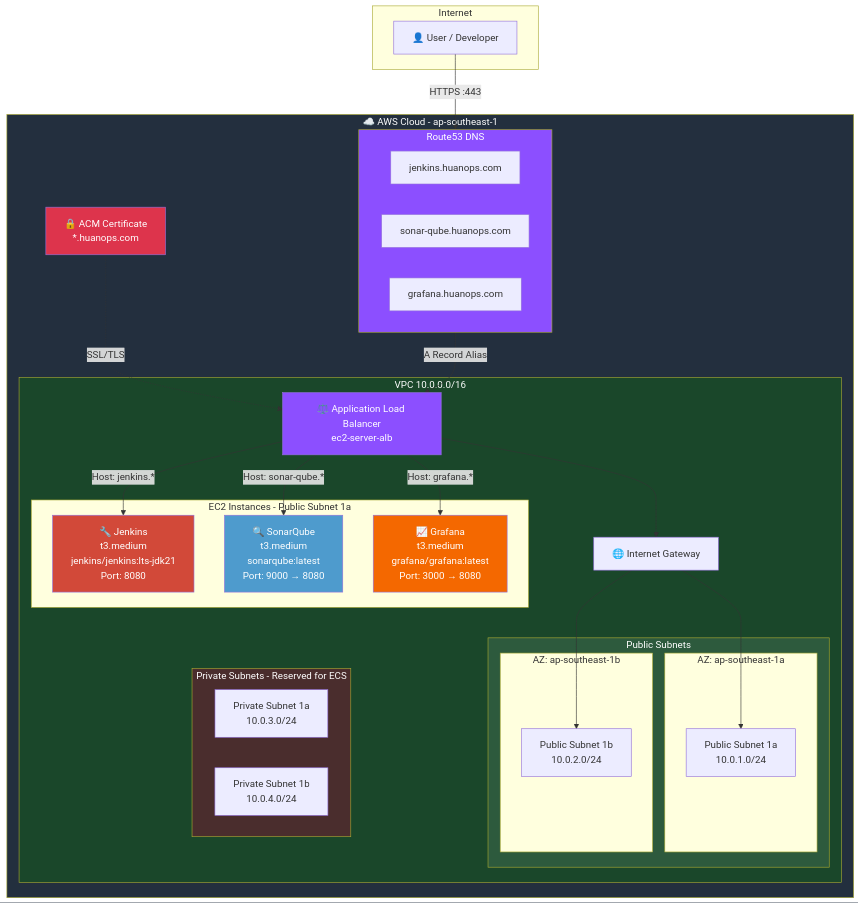
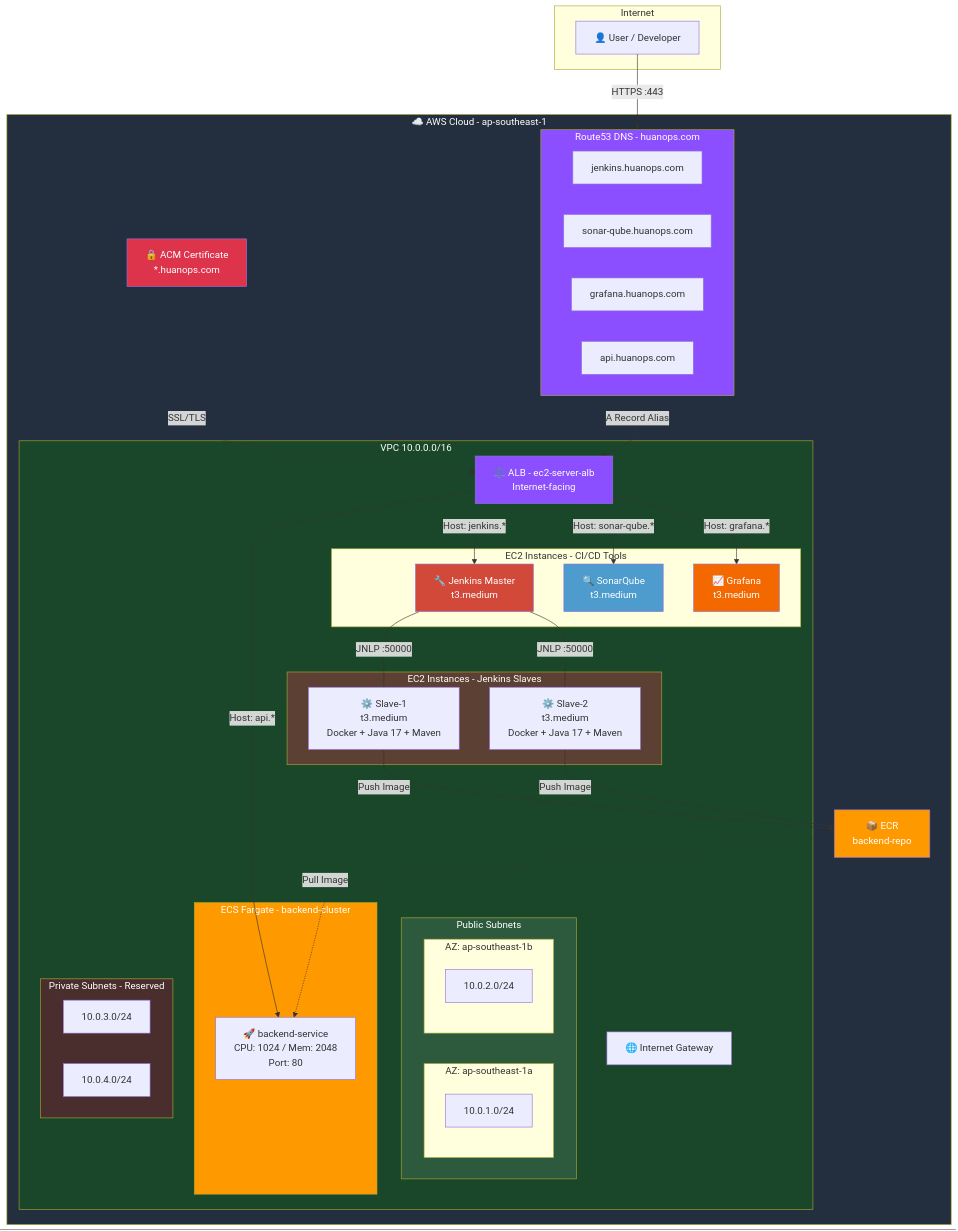
Before and after one commit to senn404/AWS-ECS-Fargate-CI-CD-Pipeline: the first of 4 diagrams in README.md, drawn with Mermaid. The commit also changed other lines of this file and 1 other file, not shown here.

Commit message:
docs: Expand README to include ECS Fargate workload details, Jenkins slave configuration, and refined network architecture diagrams.

````diff
--- a/README.md
+++ b/README.md
@@ -72,63 +102,80 @@
 ```mermaid
 graph TB
     subgraph Internet
         User["👤 User / Developer"]
     end
 
     subgraph AWS["☁️ AWS Cloud - ap-southeast-1"]
-        subgraph Route53["Route53 DNS"]
+        subgraph Route53["Route53 DNS - huanops.com"]
             DNS_Jenkins["jenkins.huanops.com"]
             DNS_Sonar["sonar-qube.huanops.com"]
             DNS_Grafana["grafana.huanops.com"]
+            DNS_API["api.huanops.com"]
         end
 
         ACM["🔒 ACM Certificate<br/>*.huanops.com"]
+        ECR["📦 ECR<br/>backend-repo"]
 
         subgraph VPC["VPC 10.0.0.0/16"]
             IGW["🌐 Internet Gateway"]
 
             subgraph PublicSubnets["Public Subnets"]
-                subgraph AZ1a["AZ: ap-southeast-1a"]
-                    PubSub1a["Public Subnet 1a<br/>10.0.1.0/24"]
+                subgraph AZ_1a["AZ: ap-southeast-1a"]
+                    PubSub1a["10.0.1.0/24"]
                 end
-                subgraph AZ1b["AZ: ap-southeast-1b"]
-                    PubSub1b["Public Subnet 1b<br/>10.0.2.0/24"]
+                subgraph AZ_1b["AZ: ap-southeast-1b"]
+                    PubSub1b["10.0.2.0/24"]
                 end
             end
 
-            ALB["⚖️ Application Load Balancer<br/>ec2-server-alb"]
+            ALB["⚖️ ALB - ec2-server-alb<br/>Internet-facing"]
 
-            subgraph EC2Instances["EC2 Instances - Public Subnet 1a"]
-                Jenkins["🔧 Jenkins<br/>t3.medium<br/>jenkins/jenkins:lts-jdk21<br/>Port: 8080"]
-                SonarQube["🔍 SonarQube<br/>t3.medium<br/>sonarqube:latest<br/>Port: 9000 → 8080"]
-                Grafana["📈 Grafana<br/>t3.medium<br/>grafana/grafana:latest<br/>Port: 3000 → 8080"]
+            subgraph EC2["EC2 Instances - CI/CD Tools"]
+                Jenkins["🔧 Jenkins Master<br/>t3.medium"]
+                SonarQube["🔍 SonarQube<br/>t3.medium"]
+                Grafana["📈 Grafana<br/>t3.medium"]
             end
 
-            subgraph PrivateSubnets["Private Subnets - Reserved for ECS"]
-                PrivSub1a["Private Subnet 1a<br/>10.0.3.0/24"]
-                PrivSub1b["Private Subnet 1b<br/>10.0.4.0/24"]
+            subgraph Slaves["EC2 Instances - Jenkins Slaves"]
+                Slave1["⚙️ Slave-1<br/>t3.medium<br/>Docker + Java 17 + Maven"]
+                Slave2["⚙️ Slave-2<br/>t3.medium<br/>Docker + Java 17 + Maven"]
+            end
+
+            subgraph ECSCluster["ECS Fargate - backend-cluster"]
+                ECSService["🚀 backend-service<br/>CPU: 1024 / Mem: 2048<br/>Port: 80"]
+            end
+
+            subgraph PrivateSubnets["Private Subnets - Reserved"]
+                PrivSub1a["10.0.3.0/24"]
+                PrivSub1b["10.0.4.0/24"]
             end
         end
     end
 
-    User -->|HTTPS :443| Route53
+    User -->|"HTTPS :443"| Route53
     Route53 -->|A Record Alias| ALB
     ACM -.->|SSL/TLS| ALB
-    ALB --> IGW
-    IGW --> PubSub1a
-    IGW --> PubSub1b
-    ALB -->|Host: jenkins.*| Jenkins
-    ALB -->|Host: sonar-qube.*| SonarQube
-    ALB -->|Host: grafana.*| Grafana
+    ALB -->|"Host: jenkins.*"| Jenkins
+    ALB -->|"Host: sonar-qube.*"| SonarQube
+    ALB -->|"Host: grafana.*"| Grafana
+    ALB -->|"Host: api.*"| ECSService
+    Jenkins ---|"JNLP :50000"| Slave1
+    Jenkins ---|"JNLP :50000"| Slave2
+    Slave1 -->|"Push Image"| ECR
+    Slave2 -->|"Push Image"| ECR
+    ECR -.->|"Pull Image"| ECSService
 
     style AWS fill:#232F3E,color:#fff
     style VPC fill:#1a472a,color:#fff
     style PublicSubnets fill:#2d5a3d,color:#fff
     style PrivateSubnets fill:#4a2d2d,color:#fff
     style ALB fill:#8C4FFF,color:#fff
     style ACM fill:#DD344C,color:#fff
     style Route53 fill:#8C4FFF,color:#fff
     style Jenkins fill:#D24939,color:#fff
     style SonarQube fill:#4E9BCD,color:#fff
     style Grafana fill:#F46800,color:#fff
+    style ECSCluster fill:#FF9900,color:#fff
+    style ECR fill:#FF9900,color:#fff
+    style Slaves fill:#5C4033,color:#fff
 ```
````
